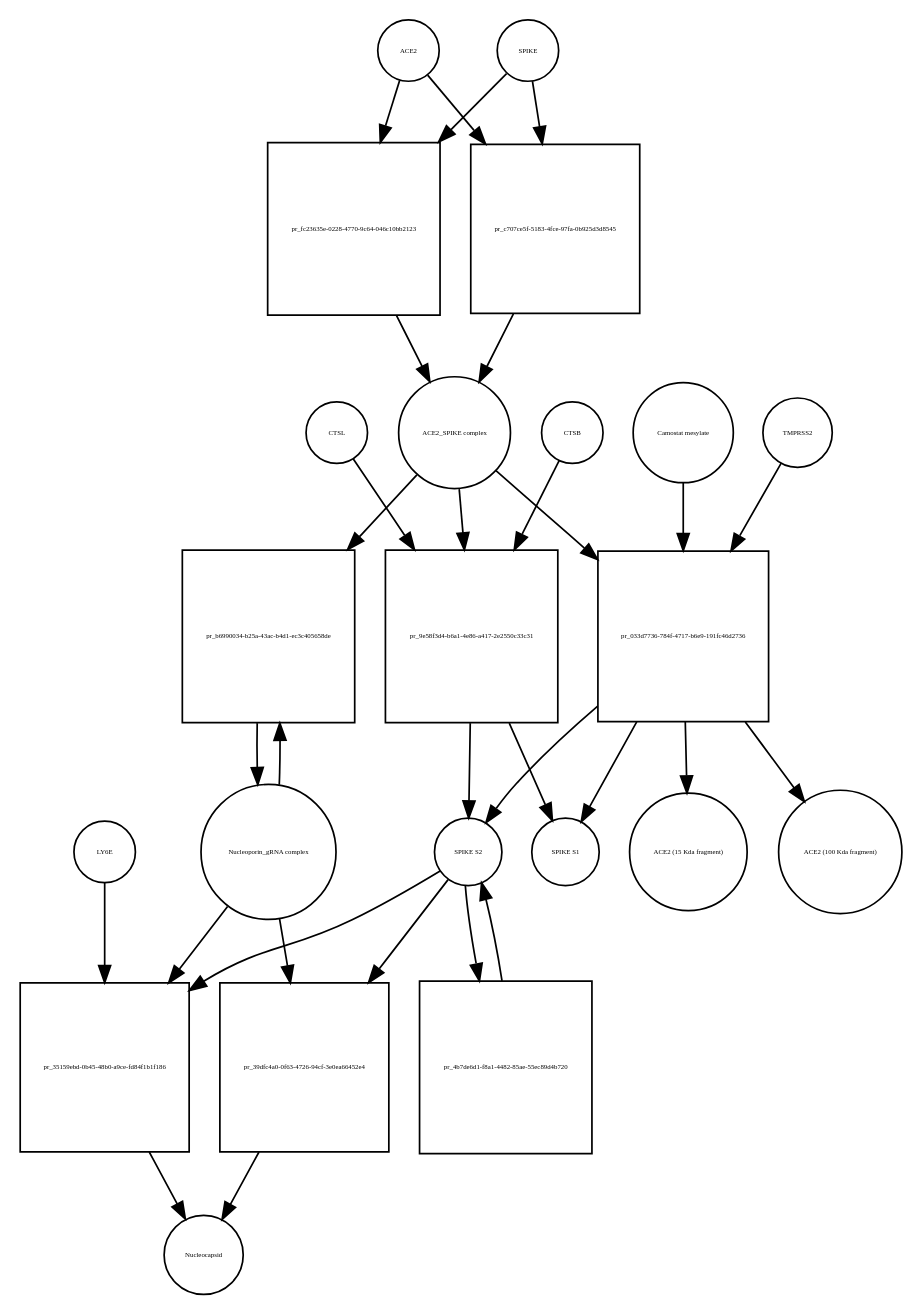
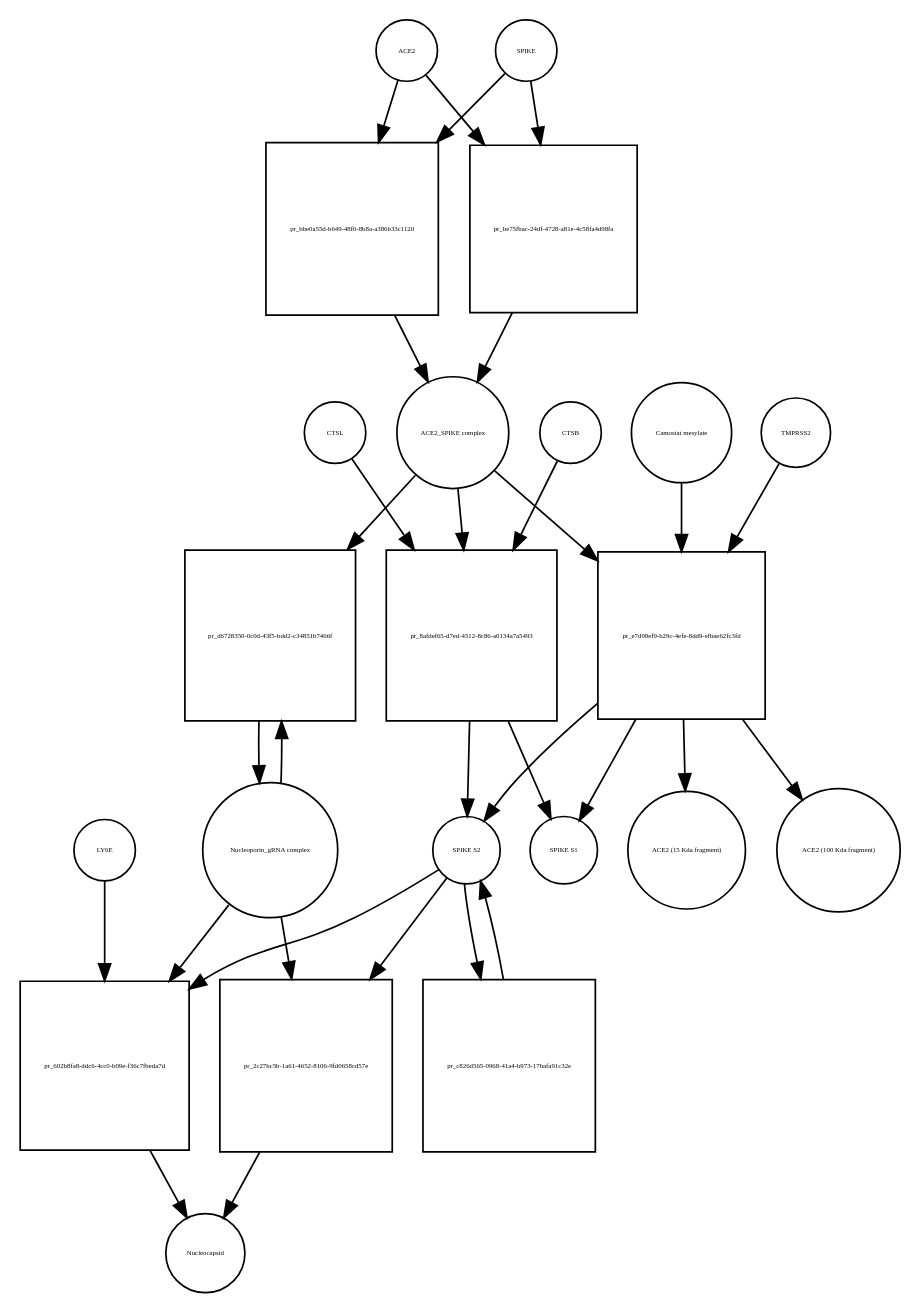
The diagram in Virus_replication_cycle_V02.xml_bipartite.dot (cannin/covid19-sbgn), drawn with Graphviz before and after one commit. The commit also changed 637 other files, not shown here.

```diff
--- a/Virus_replication_cycle_V02.xml_bipartite.dot
+++ b/Virus_replication_cycle_V02.xml_bipartite.dot
@@ -1,54 +1,54 @@
 strict digraph  {
 ACE2 [annotation="", bipartite=0, cls=macromolecule, fontsize=4, label=ACE2, shape=circle];
-"pr_fc23635e-0228-4770-9c64-046c10bb2123" [annotation="", bipartite=1, cls=process, fontsize=4, label="pr_fc23635e-0228-4770-9c64-046c10bb2123", shape=square];
+"pr_bbe0a55d-b649-48f0-8b8a-a386b33c1120" [annotation="", bipartite=1, cls=process, fontsize=4, label="pr_bbe0a55d-b649-48f0-8b8a-a386b33c1120", shape=square];
 "ACE2_SPIKE complex" [annotation="", bipartite=0, cls=complex, fontsize=4, label="ACE2_SPIKE complex", shape=circle];
 SPIKE [annotation="", bipartite=0, cls="macromolecule multimer", fontsize=4, label=SPIKE, shape=circle];
 "Nucleoporin_gRNA complex " [annotation="", bipartite=0, cls=complex, fontsize=4, label="Nucleoporin_gRNA complex ", shape=circle];
-"pr_b6990034-b25a-43ac-b4d1-ec3c405658de" [annotation="", bipartite=1, cls=process, fontsize=4, label="pr_b6990034-b25a-43ac-b4d1-ec3c405658de", shape=square];
-"pr_9e58f3d4-b6a1-4e86-a417-2e2550c33c31" [annotation="", bipartite=1, cls=process, fontsize=4, label="pr_9e58f3d4-b6a1-4e86-a417-2e2550c33c31", shape=square];
+"pr_d6728350-0c0d-43f5-bdd2-c34851b7466f" [annotation="", bipartite=1, cls=process, fontsize=4, label="pr_d6728350-0c0d-43f5-bdd2-c34851b7466f", shape=square];
+"pr_8afdef65-d7ed-4512-8c86-a0134a7a5493" [annotation="", bipartite=1, cls=process, fontsize=4, label="pr_8afdef65-d7ed-4512-8c86-a0134a7a5493", shape=square];
 "SPIKE S2" [annotation="", bipartite=0, cls=macromolecule, fontsize=4, label="SPIKE S2", shape=circle];
 CTSB [annotation="", bipartite=0, cls=macromolecule, fontsize=4, label=CTSB, shape=circle];
 CTSL [annotation="", bipartite=0, cls=macromolecule, fontsize=4, label=CTSL, shape=circle];
 "SPIKE S1" [annotation="", bipartite=0, cls=macromolecule, fontsize=4, label="SPIKE S1", shape=circle];
-"pr_033d7736-784f-4717-b6e9-191fc46d2736" [annotation="", bipartite=1, cls=process, fontsize=4, label="pr_033d7736-784f-4717-b6e9-191fc46d2736", shape=square];
+"pr_e7d99ef9-b29c-4efe-8dd9-efbae62fc3fd" [annotation="", bipartite=1, cls=process, fontsize=4, label="pr_e7d99ef9-b29c-4efe-8dd9-efbae62fc3fd", shape=square];
 TMPRSS2 [annotation="", bipartite=0, cls=macromolecule, fontsize=4, label=TMPRSS2, shape=circle];
 "Camostat mesylate" [annotation="urn_miriam_pubchem.compound_2536", bipartite=0, cls="simple chemical", fontsize=4, label="Camostat mesylate", shape=circle];
 "ACE2 (15 Kda fragment)" [annotation="", bipartite=0, cls=macromolecule, fontsize=4, label="ACE2 (15 Kda fragment)", shape=circle];
 "ACE2 (100 Kda fragment)" [annotation="", bipartite=0, cls=macromolecule, fontsize=4, label="ACE2 (100 Kda fragment)", shape=circle];
-"pr_c707ce5f-5183-4fce-97fa-0b925d3d8545" [annotation="", bipartite=1, cls=process, fontsize=4, label="pr_c707ce5f-5183-4fce-97fa-0b925d3d8545", shape=square];
-"pr_35159ebd-0b45-48b0-a9ce-fd84f1b1f186" [annotation="", bipartite=1, cls=process, fontsize=4, label="pr_35159ebd-0b45-48b0-a9ce-fd84f1b1f186", shape=square];
+"pr_be75fbac-24df-4728-a81e-4c58fa4d98fa" [annotation="", bipartite=1, cls=process, fontsize=4, label="pr_be75fbac-24df-4728-a81e-4c58fa4d98fa", shape=square];
+"pr_602b8fa8-ddc6-4cc0-b09e-f36c7fbeda7d" [annotation="", bipartite=1, cls=process, fontsize=4, label="pr_602b8fa8-ddc6-4cc0-b09e-f36c7fbeda7d", shape=square];
 Nucleocapsid [annotation="", bipartite=0, cls=complex, fontsize=4, label=Nucleocapsid, shape=circle];
 LY6E [annotation="", bipartite=0, cls=macromolecule, fontsize=4, label=LY6E, shape=circle];
-"pr_4b7de6d1-f8a1-4482-85ae-55ec89d4b720" [annotation="", bipartite=1, cls=process, fontsize=4, label="pr_4b7de6d1-f8a1-4482-85ae-55ec89d4b720", shape=square];
-"pr_39dfc4a0-0f63-4726-94cf-3e0ea66452e4" [annotation="", bipartite=1, cls=process, fontsize=4, label="pr_39dfc4a0-0f63-4726-94cf-3e0ea66452e4", shape=square];
-ACE2 -> "pr_fc23635e-0228-4770-9c64-046c10bb2123"  [annotation="", interaction_type=consumption];
-ACE2 -> "pr_c707ce5f-5183-4fce-97fa-0b925d3d8545"  [annotation="", interaction_type=consumption];
-"pr_fc23635e-0228-4770-9c64-046c10bb2123" -> "ACE2_SPIKE complex"  [annotation="", interaction_type=production];
-"ACE2_SPIKE complex" -> "pr_b6990034-b25a-43ac-b4d1-ec3c405658de"  [annotation="urn_miriam_pubmed_32142651|urn_miriam_pubmed_32094589", interaction_type=stimulation];
-"ACE2_SPIKE complex" -> "pr_9e58f3d4-b6a1-4e86-a417-2e2550c33c31"  [annotation="", interaction_type=consumption];
-"ACE2_SPIKE complex" -> "pr_033d7736-784f-4717-b6e9-191fc46d2736"  [annotation="", interaction_type=consumption];
-SPIKE -> "pr_fc23635e-0228-4770-9c64-046c10bb2123"  [annotation="", interaction_type=consumption];
-SPIKE -> "pr_c707ce5f-5183-4fce-97fa-0b925d3d8545"  [annotation="", interaction_type=consumption];
-"Nucleoporin_gRNA complex " -> "pr_b6990034-b25a-43ac-b4d1-ec3c405658de"  [annotation="", interaction_type=consumption];
-"Nucleoporin_gRNA complex " -> "pr_35159ebd-0b45-48b0-a9ce-fd84f1b1f186"  [annotation="", interaction_type=consumption];
-"Nucleoporin_gRNA complex " -> "pr_39dfc4a0-0f63-4726-94cf-3e0ea66452e4"  [annotation="", interaction_type=consumption];
-"pr_b6990034-b25a-43ac-b4d1-ec3c405658de" -> "Nucleoporin_gRNA complex "  [annotation="", interaction_type=production];
-"pr_9e58f3d4-b6a1-4e86-a417-2e2550c33c31" -> "SPIKE S2"  [annotation="", interaction_type=production];
-"pr_9e58f3d4-b6a1-4e86-a417-2e2550c33c31" -> "SPIKE S1"  [annotation="", interaction_type=production];
-"SPIKE S2" -> "pr_35159ebd-0b45-48b0-a9ce-fd84f1b1f186"  [annotation="urn_miriam_doi_10.1101%2F2020.03.05.979260|urn_miriam_doi_10.1101%2F2020.04.02.021469", interaction_type=stimulation];
-"SPIKE S2" -> "pr_4b7de6d1-f8a1-4482-85ae-55ec89d4b720"  [annotation="", interaction_type=consumption];
-"SPIKE S2" -> "pr_39dfc4a0-0f63-4726-94cf-3e0ea66452e4"  [annotation="", interaction_type=stimulation];
-CTSB -> "pr_9e58f3d4-b6a1-4e86-a417-2e2550c33c31"  [annotation=urn_miriam_pubmed_32142651, interaction_type=catalysis];
-CTSL -> "pr_9e58f3d4-b6a1-4e86-a417-2e2550c33c31"  [annotation=urn_miriam_pubmed_32142651, interaction_type=catalysis];
-"pr_033d7736-784f-4717-b6e9-191fc46d2736" -> "SPIKE S2"  [annotation="", interaction_type=production];
-"pr_033d7736-784f-4717-b6e9-191fc46d2736" -> "SPIKE S1"  [annotation="", interaction_type=production];
-"pr_033d7736-784f-4717-b6e9-191fc46d2736" -> "ACE2 (15 Kda fragment)"  [annotation="", interaction_type=production];
-"pr_033d7736-784f-4717-b6e9-191fc46d2736" -> "ACE2 (100 Kda fragment)"  [annotation="", interaction_type=production];
-TMPRSS2 -> "pr_033d7736-784f-4717-b6e9-191fc46d2736"  [annotation="urn_miriam_pubmed_32142651|urn_miriam_pubmed_32094589|urn_miriam_pubmed_24227843", interaction_type=catalysis];
-"Camostat mesylate" -> "pr_033d7736-784f-4717-b6e9-191fc46d2736"  [annotation="urn_miriam_pubmed_32142651|urn_miriam_pubmed_32094589|urn_miriam_pubmed_24227843", interaction_type=inhibition];
-"pr_c707ce5f-5183-4fce-97fa-0b925d3d8545" -> "ACE2_SPIKE complex"  [annotation="", interaction_type=production];
-"pr_35159ebd-0b45-48b0-a9ce-fd84f1b1f186" -> Nucleocapsid  [annotation="", interaction_type=production];
-LY6E -> "pr_35159ebd-0b45-48b0-a9ce-fd84f1b1f186"  [annotation="urn_miriam_doi_10.1101%2F2020.03.05.979260|urn_miriam_doi_10.1101%2F2020.04.02.021469", interaction_type=inhibition];
-"pr_4b7de6d1-f8a1-4482-85ae-55ec89d4b720" -> "SPIKE S2"  [annotation="", interaction_type=production];
-"pr_39dfc4a0-0f63-4726-94cf-3e0ea66452e4" -> Nucleocapsid  [annotation="", interaction_type=production];
+"pr_c826d565-0968-41a4-b973-17bafa91c32e" [annotation="", bipartite=1, cls=process, fontsize=4, label="pr_c826d565-0968-41a4-b973-17bafa91c32e", shape=square];
+"pr_2c27bc5b-1a61-4652-8106-9fd0658cd57e" [annotation="", bipartite=1, cls=process, fontsize=4, label="pr_2c27bc5b-1a61-4652-8106-9fd0658cd57e", shape=square];
+ACE2 -> "pr_bbe0a55d-b649-48f0-8b8a-a386b33c1120"  [annotation="", interaction_type=consumption];
+ACE2 -> "pr_be75fbac-24df-4728-a81e-4c58fa4d98fa"  [annotation="", interaction_type=consumption];
+"pr_bbe0a55d-b649-48f0-8b8a-a386b33c1120" -> "ACE2_SPIKE complex"  [annotation="", interaction_type=production];
+"ACE2_SPIKE complex" -> "pr_d6728350-0c0d-43f5-bdd2-c34851b7466f"  [annotation="urn_miriam_pubmed_32142651|urn_miriam_pubmed_32094589", interaction_type=stimulation];
+"ACE2_SPIKE complex" -> "pr_8afdef65-d7ed-4512-8c86-a0134a7a5493"  [annotation="", interaction_type=consumption];
+"ACE2_SPIKE complex" -> "pr_e7d99ef9-b29c-4efe-8dd9-efbae62fc3fd"  [annotation="", interaction_type=consumption];
+SPIKE -> "pr_bbe0a55d-b649-48f0-8b8a-a386b33c1120"  [annotation="", interaction_type=consumption];
+SPIKE -> "pr_be75fbac-24df-4728-a81e-4c58fa4d98fa"  [annotation="", interaction_type=consumption];
+"Nucleoporin_gRNA complex " -> "pr_d6728350-0c0d-43f5-bdd2-c34851b7466f"  [annotation="", interaction_type=consumption];
+"Nucleoporin_gRNA complex " -> "pr_602b8fa8-ddc6-4cc0-b09e-f36c7fbeda7d"  [annotation="", interaction_type=consumption];
+"Nucleoporin_gRNA complex " -> "pr_2c27bc5b-1a61-4652-8106-9fd0658cd57e"  [annotation="", interaction_type=consumption];
+"pr_d6728350-0c0d-43f5-bdd2-c34851b7466f" -> "Nucleoporin_gRNA complex "  [annotation="", interaction_type=production];
+"pr_8afdef65-d7ed-4512-8c86-a0134a7a5493" -> "SPIKE S2"  [annotation="", interaction_type=production];
+"pr_8afdef65-d7ed-4512-8c86-a0134a7a5493" -> "SPIKE S1"  [annotation="", interaction_type=production];
+"SPIKE S2" -> "pr_602b8fa8-ddc6-4cc0-b09e-f36c7fbeda7d"  [annotation="urn_miriam_doi_10.1101%2F2020.03.05.979260|urn_miriam_doi_10.1101%2F2020.04.02.021469", interaction_type=stimulation];
+"SPIKE S2" -> "pr_c826d565-0968-41a4-b973-17bafa91c32e"  [annotation="", interaction_type=consumption];
+"SPIKE S2" -> "pr_2c27bc5b-1a61-4652-8106-9fd0658cd57e"  [annotation="", interaction_type=stimulation];
+CTSB -> "pr_8afdef65-d7ed-4512-8c86-a0134a7a5493"  [annotation=urn_miriam_pubmed_32142651, interaction_type=catalysis];
+CTSL -> "pr_8afdef65-d7ed-4512-8c86-a0134a7a5493"  [annotation=urn_miriam_pubmed_32142651, interaction_type=catalysis];
+"pr_e7d99ef9-b29c-4efe-8dd9-efbae62fc3fd" -> "SPIKE S2"  [annotation="", interaction_type=production];
+"pr_e7d99ef9-b29c-4efe-8dd9-efbae62fc3fd" -> "SPIKE S1"  [annotation="", interaction_type=production];
+"pr_e7d99ef9-b29c-4efe-8dd9-efbae62fc3fd" -> "ACE2 (15 Kda fragment)"  [annotation="", interaction_type=production];
+"pr_e7d99ef9-b29c-4efe-8dd9-efbae62fc3fd" -> "ACE2 (100 Kda fragment)"  [annotation="", interaction_type=production];
+TMPRSS2 -> "pr_e7d99ef9-b29c-4efe-8dd9-efbae62fc3fd"  [annotation="urn_miriam_pubmed_32142651|urn_miriam_pubmed_32094589|urn_miriam_pubmed_24227843", interaction_type=catalysis];
+"Camostat mesylate" -> "pr_e7d99ef9-b29c-4efe-8dd9-efbae62fc3fd"  [annotation="urn_miriam_pubmed_32142651|urn_miriam_pubmed_32094589|urn_miriam_pubmed_24227843", interaction_type=inhibition];
+"pr_be75fbac-24df-4728-a81e-4c58fa4d98fa" -> "ACE2_SPIKE complex"  [annotation="", interaction_type=production];
+"pr_602b8fa8-ddc6-4cc0-b09e-f36c7fbeda7d" -> Nucleocapsid  [annotation="", interaction_type=production];
+LY6E -> "pr_602b8fa8-ddc6-4cc0-b09e-f36c7fbeda7d"  [annotation="urn_miriam_doi_10.1101%2F2020.03.05.979260|urn_miriam_doi_10.1101%2F2020.04.02.021469", interaction_type=inhibition];
+"pr_c826d565-0968-41a4-b973-17bafa91c32e" -> "SPIKE S2"  [annotation="", interaction_type=production];
+"pr_2c27bc5b-1a61-4652-8106-9fd0658cd57e" -> Nucleocapsid  [annotation="", interaction_type=production];
 }
```
